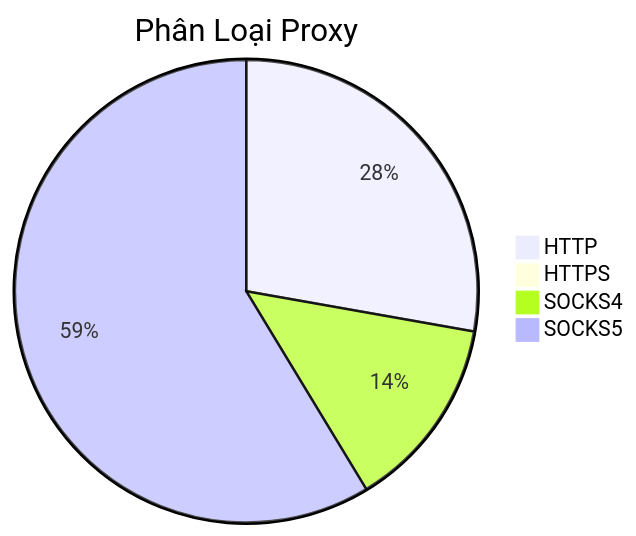
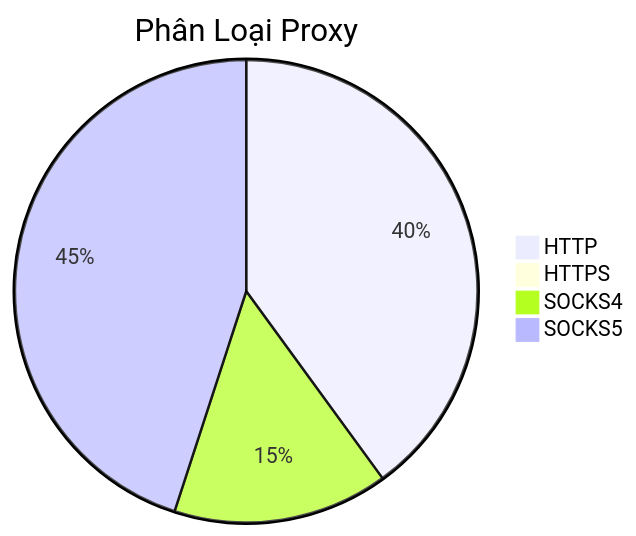
The diagram in README.md (Ciara-Aa/PROXY-free), drawn with Mermaid before and after one commit. The commit also changed other lines of this file and 4 other files, not shown here.

````diff
--- a/README.md
+++ b/README.md
@@ -26,7 +26,7 @@
 ```mermaid
 pie title Phân Loại Proxy
-    "HTTP" : 546
-    "HTTPS" : 1
-    "SOCKS4" : 266
-    "SOCKS5" : 1153
+    "HTTP" : 678
+    "HTTPS" : 5
+    "SOCKS4" : 255
+    "SOCKS5" : 763
 ```
````
